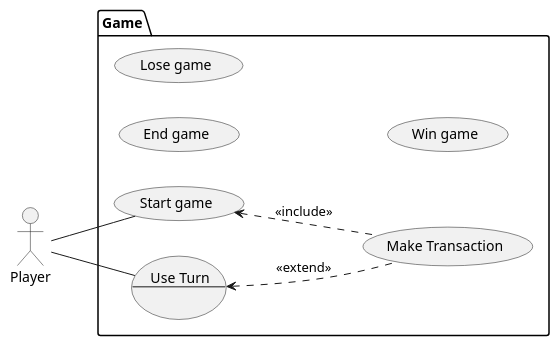
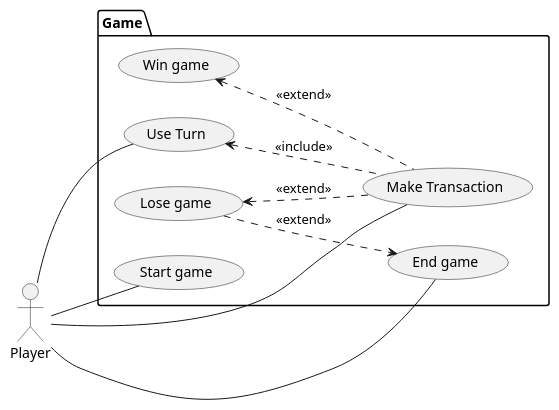
One commit to DTU-CDIO18/G18-CDIO3 changed the diagram in documentation/Diagrams/UseCaseDiagarm.wsd. Above: the diagram before and after it, drawn with PlantUML. The commit also changed 3 other files, not shown here.

Commit message:
Made small tweak to diagrams

```diff
--- a/documentation/Diagrams/UseCaseDiagarm.wsd
+++ b/documentation/Diagrams/UseCaseDiagarm.wsd
@@ -1,21 +1,24 @@
 @startuml UseCaseDiagram
 
 left to right direction
 
 actor Player
 
 package Game {
-    usecase "Make Transaction" as UC1
     usecase "End game" as UC2
+    usecase "Use Turn" as UC6 
     usecase "Start game" as UC3
     usecase "Lose game" as UC4
     usecase "Win game" as UC5
-    usecase UC6 as "Use Turn
-    --"
+    usecase "Make Transaction" as UC1
 }
 
 Player -- UC6
 Player -- UC3
-UC6 <-[dashed]- UC1: <<extend>>
-UC3 <-[dashed]- UC1: <<include>>
+Player -- UC2
+Player -- UC1
+UC4 -[dashed]-> UC2: <<extend>>
+UC6 <-[dashed]- UC1: <<include>>
+UC4 <-[dashed]- UC1: <<extend>>
+UC5 <-[dashed]- UC1: <<extend>>
 @enduml
```
